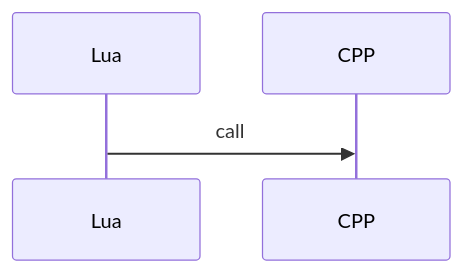
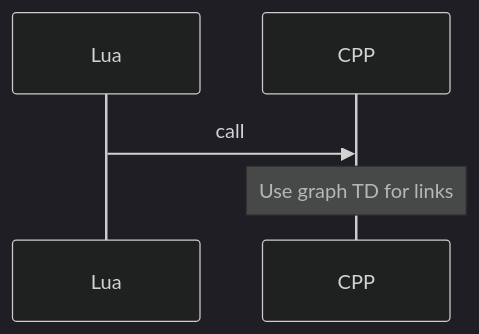
The diagram in docs/authoring/analytics/execution_report.md (lukaszj321/otcv8-dev), drawn with Mermaid before and after one commit. The commit also changed other lines of this file and 202 other files, not shown here.

Commit message:
docs: fix Mermaid rendering issue - complete solution

````diff
--- a/docs/authoring/analytics/execution_report.md
+++ b/docs/authoring/analytics/execution_report.md
@@ -127,7 +128,8 @@
 ```mermaid
+%%{init: {'theme':'dark'}}%%
 sequenceDiagram
     participant Lua
     participant CPP
     Lua->>CPP: call
-    %% click CPP "../index.html#facet" "Link" %% REMOVED: click not supported in sequenceDiagram
+    Note over CPP: Use graph TD for links
 ```
````
